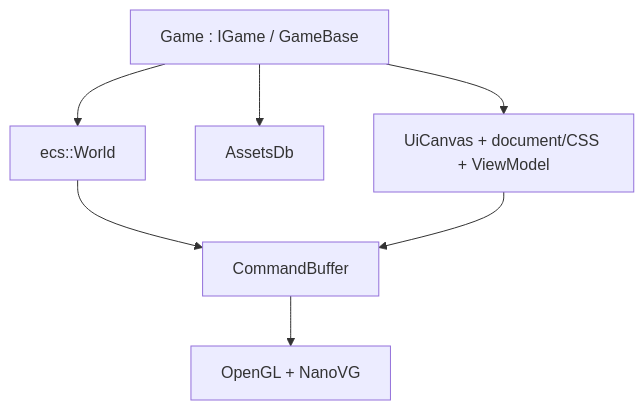
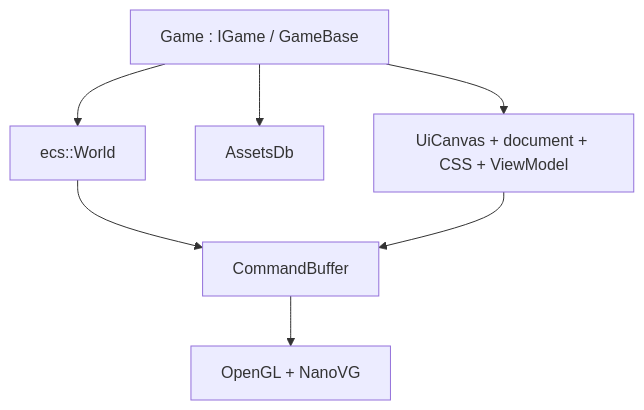
Before and after one commit to wismh/wind-engine: the diagram in docs/tech/architecture/Overview.md, drawn with Mermaid. The commit also changed other lines of this file and 170 other files, not shown here.

````diff
--- a/docs/tech/architecture/Overview.md
+++ b/docs/tech/architecture/Overview.md
@@ -22,16 +9,16 @@
 ```mermaid
 flowchart TB
   Game["Game : IGame / GameBase"]
   World["ecs::World"]
   Assets["AssetsDb"]
-  UI["UiCanvas + document/CSS + ViewModel"]
+  UI["UiCanvas + document + CSS + ViewModel"]
   Cmd["CommandBuffer"]
   GL["OpenGL + NanoVG"]
 
   Game --> World
   Game --> Assets
   Game --> UI
   World --> Cmd
   UI --> Cmd
   Cmd --> GL
 ```
````
